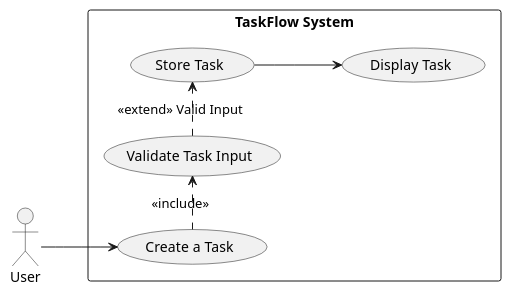
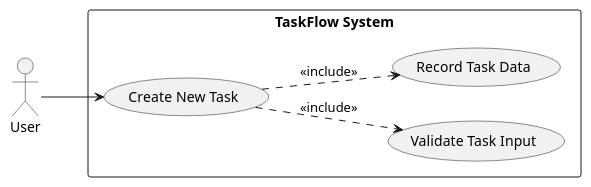
Before and after one commit to Chaman532003/framework: the second of 9 diagrams in artifacts/spec/spec.md, drawn with PlantUML. The commit also changed other lines of this file, not shown here.

````diff
--- a/artifacts/spec/spec.md
+++ b/artifacts/spec/spec.md
@@ -321,20 +321,18 @@
 ```plantuml
 @startuml
 left to right direction
 skinparam packageStyle rectangle
 
 actor User
 
 rectangle "TaskFlow System" {
-  usecase (Create a Task) as UC3
-  usecase (Validate Task Input) as UC3a
-  usecase (Store Task) as UC3b
-  usecase (Display Task) as UC3c
+  usecase (Create New Task) as UC3
+  usecase (Validate Task Input) as UC_ValidateTask
+  usecase (Record Task Data) as UC_RecordTask
 }
 
 User --> UC3
-UC3 .> UC3a : <<include>>
-UC3a .> UC3b : <<extend>> Valid Input
-UC3b --> UC3c
+UC3 ..> UC_ValidateTask : <<include>>
+UC3 ..> UC_RecordTask : <<include>>
 @enduml
 ```
````
